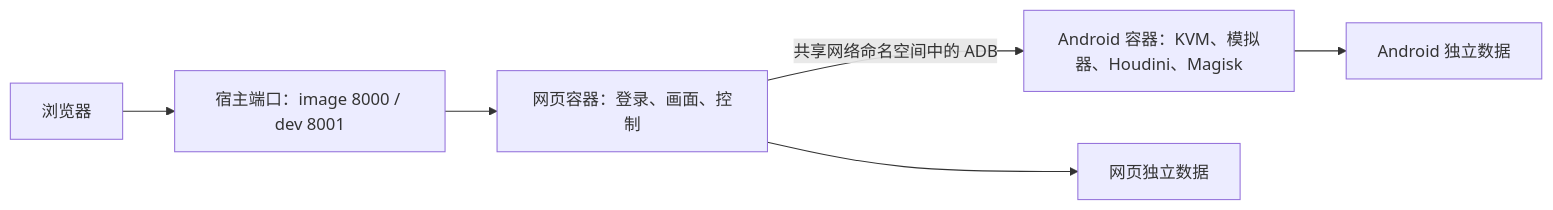
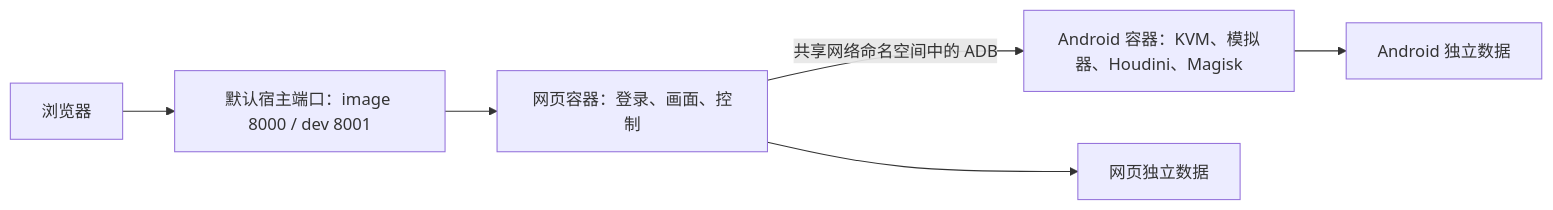
Before and after one commit to zhouxv/android7-cloud: the second of 2 diagrams in OVERVIEW.md, drawn with Mermaid. The commit also changed other lines of this file and 6 other files, not shown here.

````diff
--- a/OVERVIEW.md
+++ b/OVERVIEW.md
@@ -37,8 +37,8 @@
 ```mermaid
 flowchart LR
-    U[浏览器] --> P[宿主端口：image 8000 / dev 8001]
+    U[浏览器] --> P[默认宿主端口：image 8000 / dev 8001]
     P --> W[网页容器：登录、画面、控制]
     W -->|共享网络命名空间中的 ADB| A[Android 容器：KVM、模拟器、Houdini、Magisk]
     W --> WD[网页独立数据]
     A --> AD[Android 独立数据]
 ```
````
